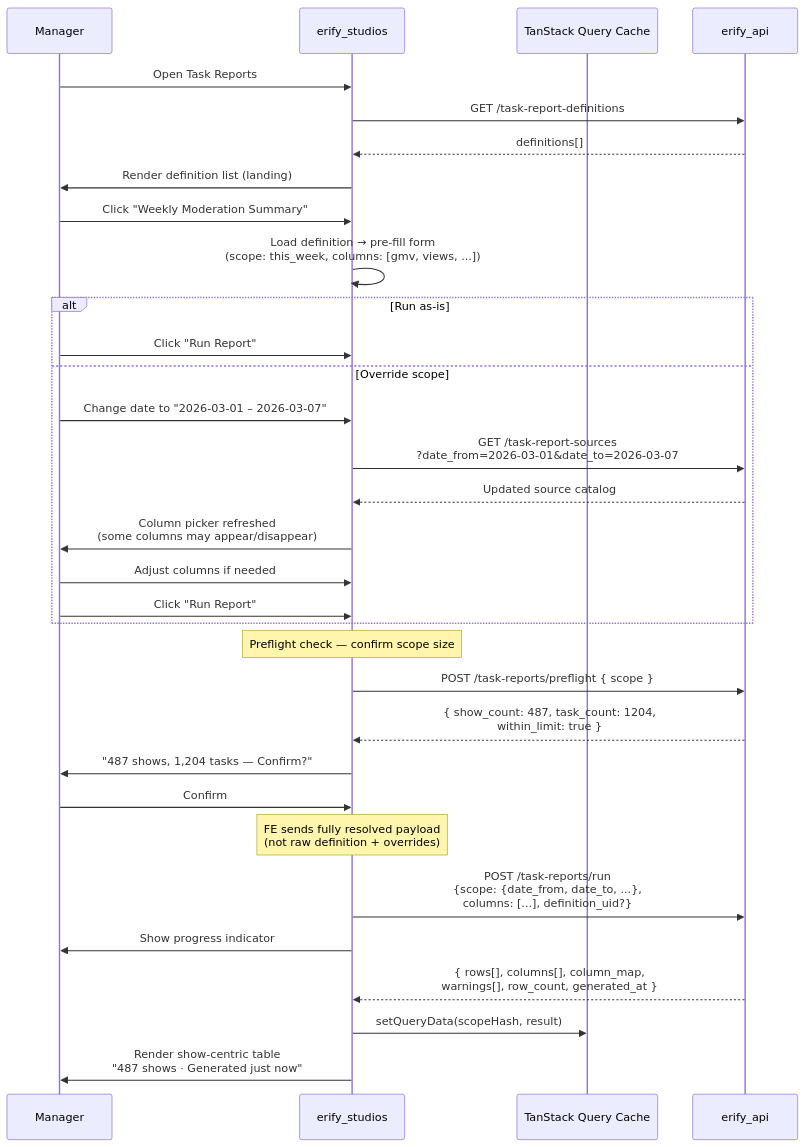
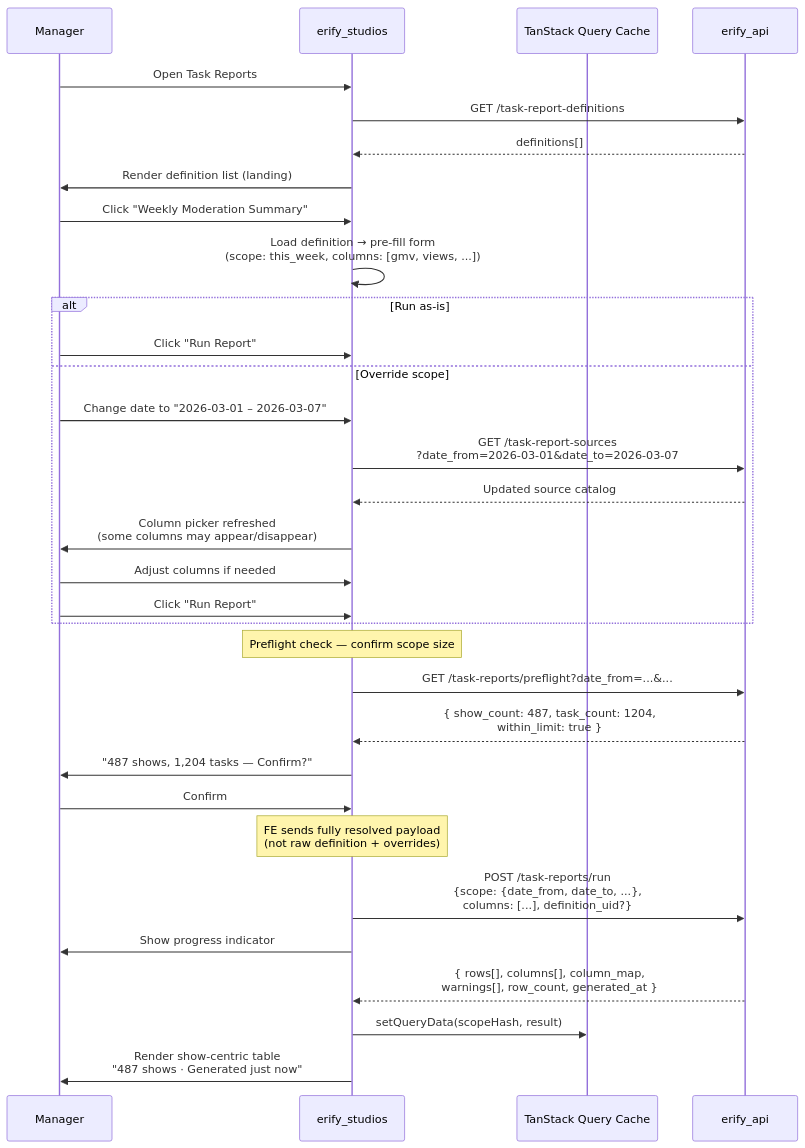
The second of 6 diagrams in apps/erify_studios/docs/design/TASK_SUBMISSION_REPORTING_DESIGN.md (allenlin90/eridu-services), drawn with Mermaid before and after one commit. The commit also changed other lines of this file and 123 other files, not shown here.

First line of the commit message:
feat(task-reports): task submission reporting and export engine (#16)

````diff
--- a/apps/erify_studios/docs/design/TASK_SUBMISSION_REPORTING_DESIGN.md
+++ b/apps/erify_studios/docs/design/TASK_SUBMISSION_REPORTING_DESIGN.md
@@ -111,40 +114,40 @@
 ```mermaid
 sequenceDiagram
     participant Mgr as Manager
     participant FE as erify_studios
     participant Cache as TanStack Query Cache
     participant BE as erify_api
 
     Mgr->>FE: Open Task Reports
     FE->>BE: GET /task-report-definitions
     BE-->>FE: definitions[]
     FE->>Mgr: Render definition list (landing)
 
     Mgr->>FE: Click "Weekly Moderation Summary"
     FE->>FE: Load definition → pre-fill form<br/>(scope: this_week, columns: [gmv, views, ...])
 
     alt Run as-is
         Mgr->>FE: Click "Run Report"
     else Override scope
         Mgr->>FE: Change date to "2026-03-01 – 2026-03-07"
         FE->>BE: GET /task-report-sources<br/>?date_from=2026-03-01&date_to=2026-03-07
         BE-->>FE: Updated source catalog
         FE->>Mgr: Column picker refreshed<br/>(some columns may appear/disappear)
         Mgr->>FE: Adjust columns if needed
         Mgr->>FE: Click "Run Report"
     end
 
     Note over FE: Preflight check — confirm scope size
-    FE->>BE: POST /task-reports/preflight { scope }
+    FE->>BE: GET /task-reports/preflight?date_from=...&...
     BE-->>FE: { show_count: 487, task_count: 1204,<br/>within_limit: true }
     FE->>Mgr: "487 shows, 1,204 tasks — Confirm?"
     Mgr->>FE: Confirm
 
     Note over FE: FE sends fully resolved payload<br/>(not raw definition + overrides)
     FE->>BE: POST /task-reports/run<br/>{scope: {date_from, date_to, ...},<br/>columns: [...], definition_uid?}
     FE->>Mgr: Show progress indicator
 
     BE-->>FE: { rows[], columns[], column_map,<br/>warnings[], row_count, generated_at }
     FE->>Cache: setQueryData(scopeHash, result)
     FE->>Mgr: Render show-centric table<br/>"487 shows · Generated just now"
 ```
````
